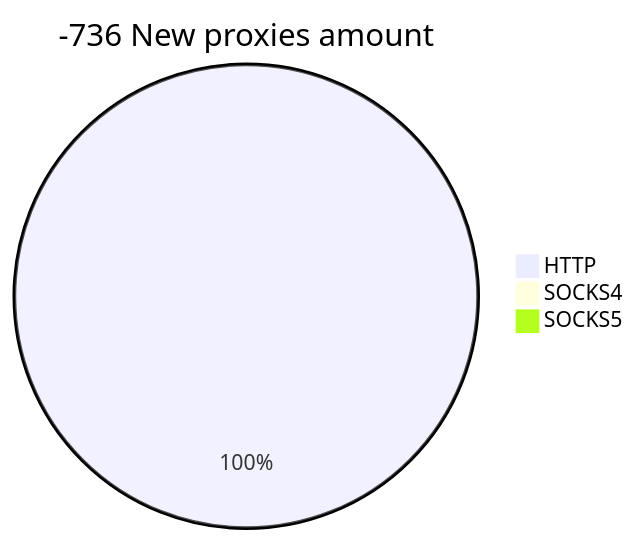
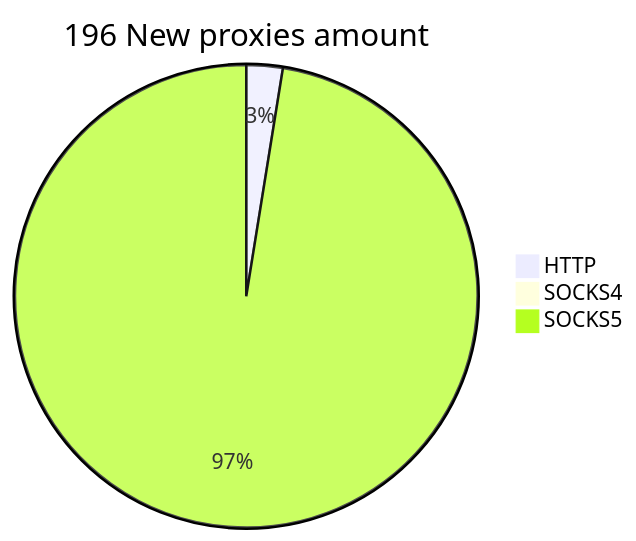
One commit to cutipu/proxylist changed the second of 2 diagrams in README.md. Above: the diagram before and after it, drawn with Mermaid. The commit also changed other lines of this file, not shown here.

````diff
--- a/README.md
+++ b/README.md
@@ -10,6 +10,6 @@
 ```mermaid
-pie title -736 New proxies amount
-    "HTTP" : 225
+pie title 196 New proxies amount
+    "HTTP" : 5
     "SOCKS4" : 0
-    "SOCKS5" : 0
+    "SOCKS5" : 192
 ```
````
